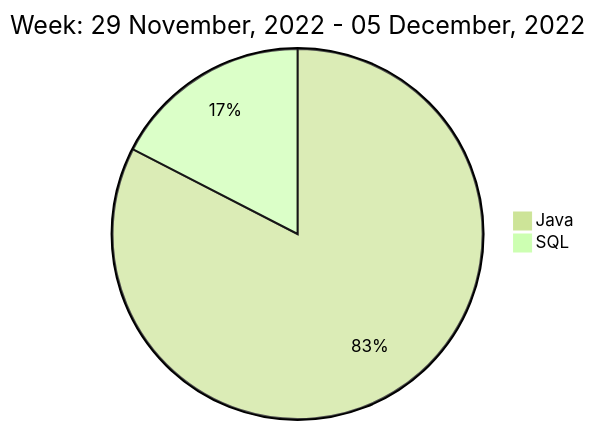
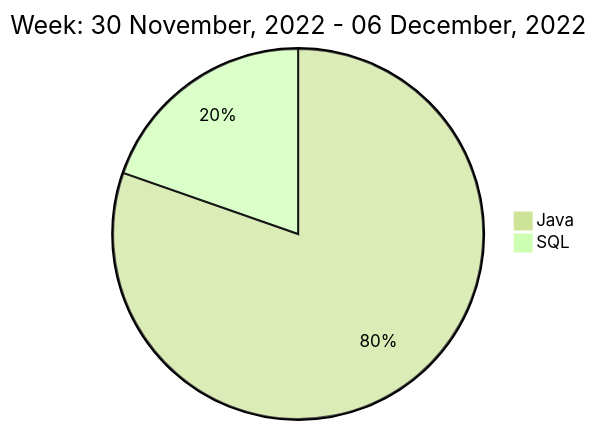
One commit to liubin95/liubin95 changed the diagram in README.md. Above: the diagram before and after it, drawn with Mermaid (forest theme).

Commit message:
Updated the Graph with new Metrics

````diff
--- a/README.md
+++ b/README.md
@@ -40,6 +40,6 @@
 ```mermaid
  pie
-title Week: 29 November, 2022 - 05 December, 2022
- "Java" : 16.58
- "SQL" : 3.5
+title Week: 30 November, 2022 - 06 December, 2022
+ "Java" : 15.25
+ "SQL" : 3.73
 ```
````
